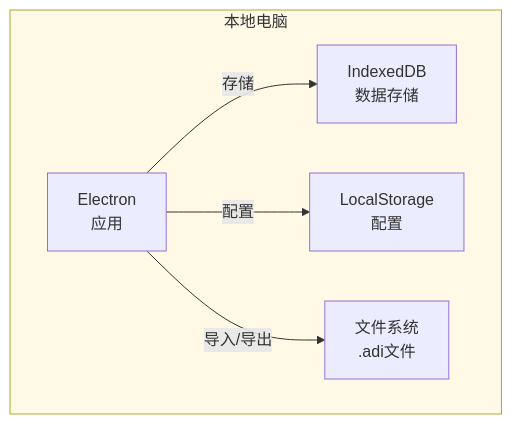
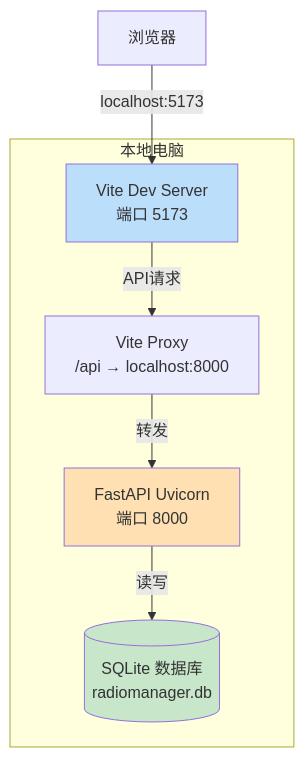
The second of 13 diagrams in doc/07_系统架构图.md (NanamiKite/radioManger), drawn with Mermaid before and after one commit. The commit also changed other lines of this file and 83 other files, not shown here.

````diff
--- a/doc/07_系统架构图.md
+++ b/doc/07_系统架构图.md
@@ -73,15 +66,18 @@
 ```mermaid
 graph TB
-    subgraph Local["本地电脑"]
-        Electron["Electron<br/>应用"]
-        IndexedDB["IndexedDB<br/>数据存储"]
-        LocalStorage["LocalStorage<br/>配置"]
-        FileSystem["文件系统<br/>.adi文件"]
+    subgraph LocalPC["本地电脑"]
+        Frontend["Vite Dev Server<br/>端口 5173"]
+        Backend["FastAPI Uvicorn<br/>端口 8000"]
+        ViteProxy["Vite Proxy<br/>/api → localhost:8000"]
+        SQLite[("SQLite 数据库<br/>radiomanager.db")]
     end
-    
-    Electron -->|存储| IndexedDB
-    Electron -->|配置| LocalStorage
-    Electron -->|导入/导出| FileSystem
-    
-    style Local fill:#fff9e6
+
+    Browser["浏览器"] -->|localhost:5173| Frontend
+    Frontend -->|API请求| ViteProxy
+    ViteProxy -->|转发| Backend
+    Backend -->|读写| SQLite
+
+    style Frontend fill:#bbdefb
+    style Backend fill:#ffe0b2
+    style SQLite fill:#c8e6c9
 ```
````
